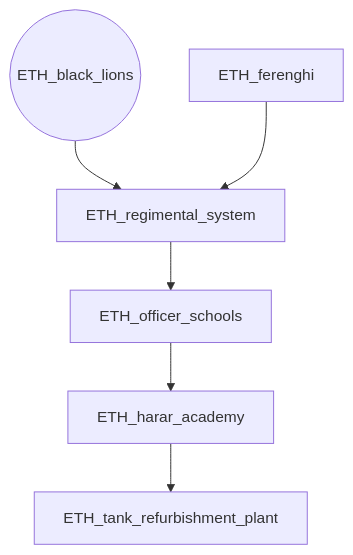
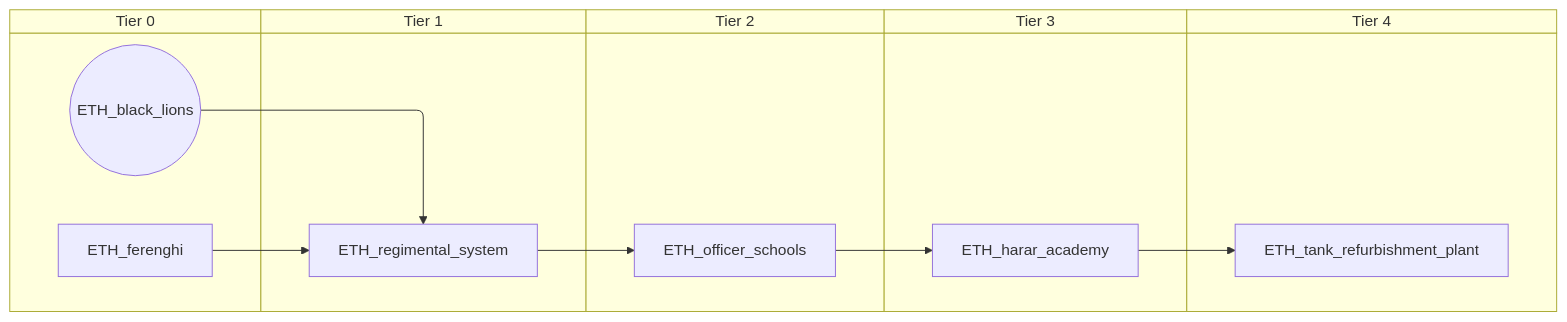
One commit to evgeny-sobol/hoi4-sandbox-mode-r56 changed the first of 6 diagrams in docs/gdd/National Focuses/r56/r56_ethiopia.md. Above: the diagram before and after it, drawn with Mermaid. The commit also changed other lines of this file and 423 other files, not shown here.

First line of the commit message:
Re-export Rt56 focus trees as swimlane diagrams

````diff
--- a/docs/gdd/National Focuses/r56/r56_ethiopia.md
+++ b/docs/gdd/National Focuses/r56/r56_ethiopia.md
@@ -3,14 +3,24 @@
 ```mermaid
-flowchart TD
-    n1(("ETH_black_lions"))
-    n2["ETH_ferenghi"]
-    n3["ETH_harar_academy"]
-    n4["ETH_officer_schools"]
-    n5["ETH_regimental_system"]
-    n6["ETH_tank_refurbishment_plant"]
-    n4 --> n3
-    n5 --> n4
-    n1 --> n5
-    n2 --> n5
-    n3 --> n6
+swimlane-beta TD
+    subgraph tier_0["Tier 0"]
+        n1(("ETH_black_lions"))
+        n2["ETH_ferenghi"]
+    end
+    subgraph tier_1["Tier 1"]
+        n3["ETH_regimental_system"]
+    end
+    subgraph tier_2["Tier 2"]
+        n4["ETH_officer_schools"]
+    end
+    subgraph tier_3["Tier 3"]
+        n5["ETH_harar_academy"]
+    end
+    subgraph tier_4["Tier 4"]
+        n6["ETH_tank_refurbishment_plant"]
+    end
+    n4 --> n5
+    n3 --> n4
+    n1 --> n3
+    n2 --> n3
+    n5 --> n6
 ```
````
